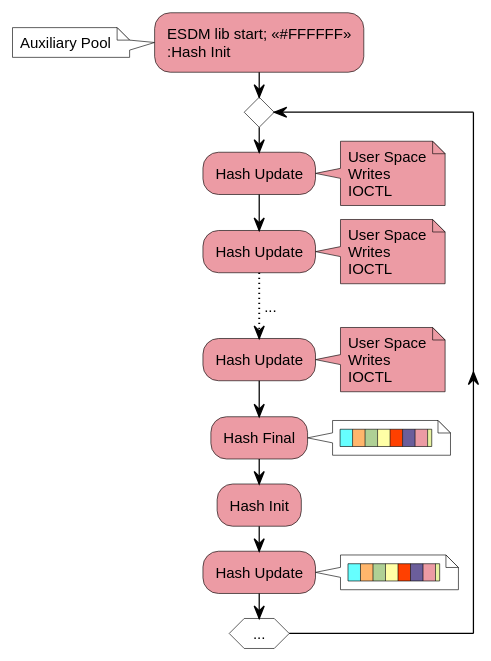
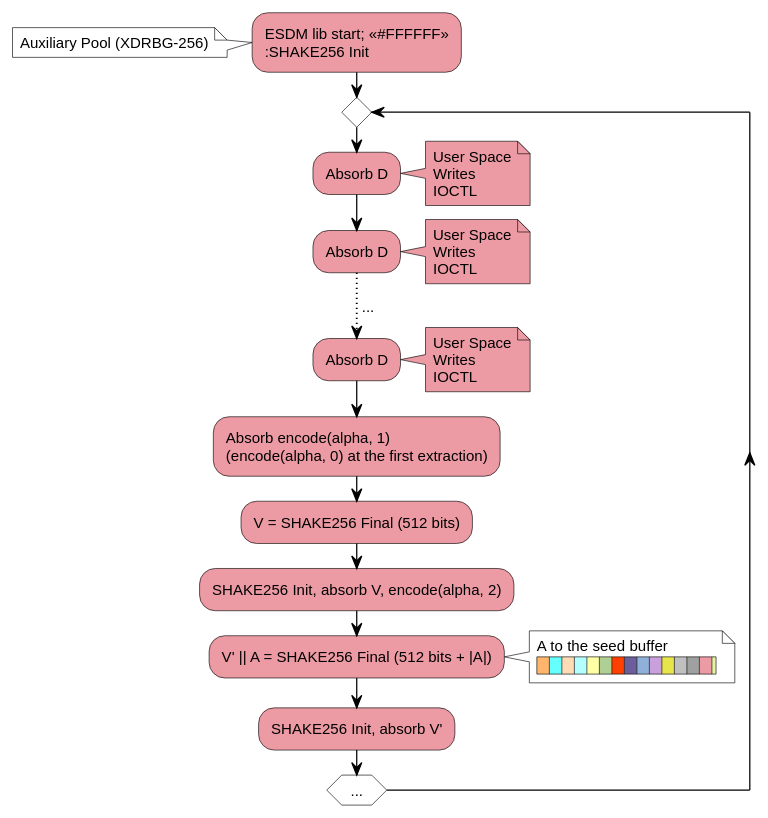
Before and after one commit to thillux/esdm: the diagram in doc/typst/figures/aux-pool-processing.puml, drawn with PlantUML. The commit also changed 25 other files, not shown here.

```diff
--- a/doc/typst/figures/aux-pool-processing.puml
+++ b/doc/typst/figures/aux-pool-processing.puml
@@ -1,49 +1,51 @@
 @startuml
-' Figure 2.8: Auxiliary Pool Processing
-' The auxiliary pool is a hash state; user space inserts three buffers.
+' Figure: Auxiliary Pool Processing
+' The auxiliary pool is an XDRBG-256 (esdm/crypto/esdm_xdrbg.c,
+' esdm/es/esdm_es_aux.c); user space inserts three buffers.
 skinparam defaultFontName "Liberation Sans"
 skinparam defaultFontSize 12
 skinparam shadowing false
 skinparam ArrowColor #000000
 skinparam ActivityBorderColor #000000
 skinparam ActivityBackgroundColor #EC9BA4
 skinparam ActivityDiamondBackgroundColor #FFFFFF
 skinparam ActivityDiamondBorderColor #000000
 skinparam NoteBackgroundColor #EC9BA4
 skinparam NoteBorderColor #000000
 
 :ESDM lib start; <<#FFFFFF>>
-:Hash Init;
-note left #FFFFFF: Auxiliary Pool
+:SHAKE256 Init;
+note left #FFFFFF: Auxiliary Pool (XDRBG-256)
 repeat
-  :Hash Update;
+  :Absorb D;
   note right
     User Space
     Writes
     IOCTL
   end note
-  :Hash Update;
+  :Absorb D;
   note right
     User Space
     Writes
     IOCTL
   end note
   -[dotted]-> ...;
-  :Hash Update;
+  :Absorb D;
   note right
     User Space
     Writes
     IOCTL
   end note
-  :Hash Final;
+  :Absorb encode(alpha, 1)
+  (encode(alpha, 0) at the first extraction);
+  :V = SHAKE256 Final (512 bits);
+  :SHAKE256 Init, absorb V, encode(alpha, 2);
+  :V' || A = SHAKE256 Final (512 bits + |A|);
   note right #FFFFFF
-    |<#66FFFF>   |<#FFB66C>   |<#AFD095>   |<#FFFFA6>   |<#FF4000>   |<#6B5E9B>   |<#EC9BA4>   |<#E8F2A1> |
+    A to the seed buffer
+    |<#FFB66C>   |<#66FFFF>   |<#FFDBB6>   |<#B3FFFF>   |<#FFFFA6>   |<#AFD095>   |<#FF4000>   |<#6B5E9B>   |<#8FB0D9>   |<#C9A0DC>   |<#E6E64C>   |<#C0C0C0>   |<#A0A0A0>   |<#EC9BA4>   |<#E8F2A1> |
   end note
-  :Hash Init;
-  :Hash Update;
-  note right #FFFFFF
-    |<#66FFFF>   |<#FFB66C>   |<#AFD095>   |<#FFFFA6>   |<#FF4000>   |<#6B5E9B>   |<#EC9BA4>   |<#E8F2A1> |
-  end note
+  :SHAKE256 Init, absorb V';
 repeat while (...)
 detach
 @enduml
```
